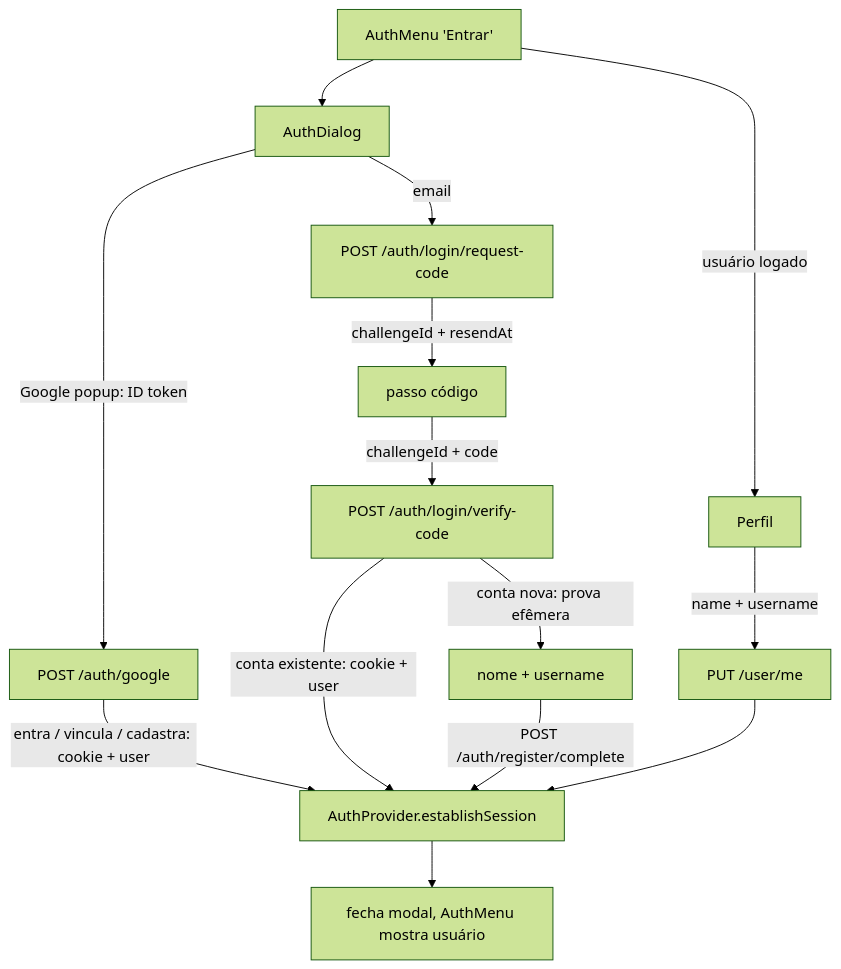
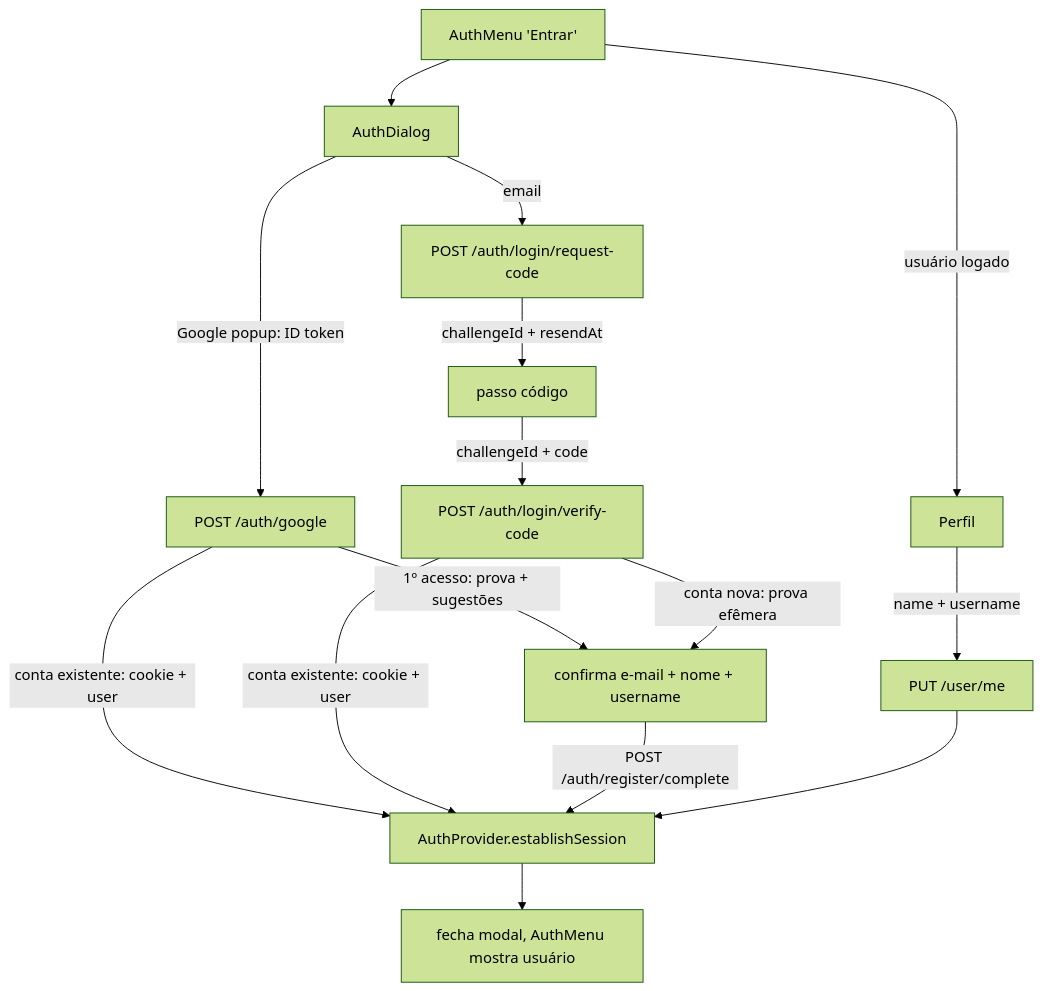
One commit to RaeII/cidoa changed the second of 2 diagrams in doc/admin/area-admin.md. Above: the diagram before and after it, drawn with Mermaid (forest theme). The commit also changed other lines of this file and 28 other files, not shown here.

````diff
--- a/doc/admin/area-admin.md
+++ b/doc/admin/area-admin.md
@@ -147,16 +147,17 @@
 ```mermaid
 flowchart TD
     Btn[AuthMenu 'Entrar'] --> Modal[AuthDialog]
     Modal -->|Google popup: ID token| GG[POST /auth/google]
-    GG -->|entra / vincula / cadastra: cookie + user| AP
+    GG -->|conta existente: cookie + user| AP
+    GG -->|1º acesso: prova + sugestões| Cadastro
     Modal -->|email| RC[POST /auth/login/request-code]
     RC -->|challengeId + resendAt| Code[passo código]
     Code -->|challengeId + code| VC[POST /auth/login/verify-code]
     VC -->|conta existente: cookie + user| AP[AuthProvider.establishSession]
-    VC -->|conta nova: prova efêmera| Cadastro[nome + username]
+    VC -->|conta nova: prova efêmera| Cadastro[confirma e-mail + nome + username]
     Cadastro -->|POST /auth/register/complete| AP
     AP --> Close[fecha modal, AuthMenu mostra usuário]
     Btn -->|usuário logado| Profile[Perfil]
     Profile -->|name + username| Update[PUT /user/me]
     Update --> AP
 ```
````
